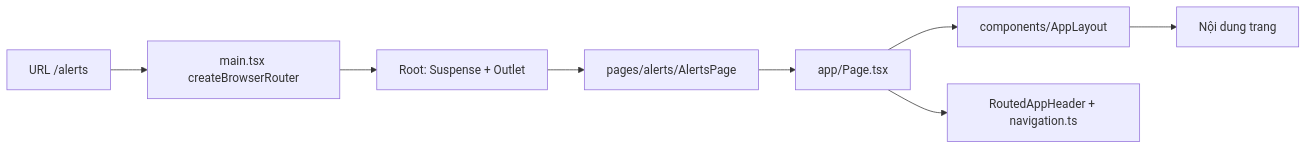
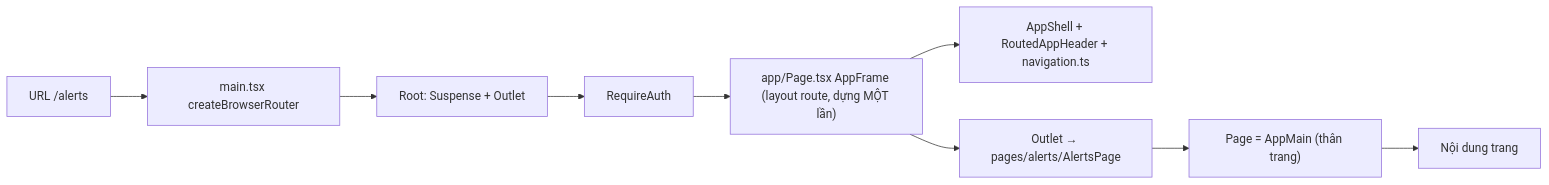
One commit to tuanpq-dev/demo-lpg changed the diagram in docs/guide/app-structure.md. Above: the diagram before and after it, drawn with Mermaid. The commit also changed other lines of this file and 20 other files, not shown here.

First line of the commit message:
fix(fe): header không nháy khi chuyển trang; Bản đồ nội khu không xô header khi dữ liệu về

````diff
--- a/docs/guide/app-structure.md
+++ b/docs/guide/app-structure.md
@@ -9,10 +9,11 @@
 ```mermaid
 flowchart LR
   URL["URL /alerts"] --> MAIN["main.tsx createBrowserRouter"]
   MAIN --> ROOT["Root: Suspense + Outlet"]
-  ROOT --> PAGE["pages/alerts/AlertsPage"]
-  PAGE --> WRAP["app/Page.tsx"]
-  WRAP --> LAYOUT["components/AppLayout"]
-  WRAP --> HEADER["RoutedAppHeader + navigation.ts"]
-  LAYOUT --> CONTENT["Nội dung trang"]
+  ROOT --> AUTH["RequireAuth"]
+  AUTH --> FRAME["app/Page.tsx AppFrame (layout route, dựng MỘT lần)"]
+  FRAME --> HEADER["AppShell + RoutedAppHeader + navigation.ts"]
+  FRAME --> PAGE["Outlet → pages/alerts/AlertsPage"]
+  PAGE --> WRAP["Page = AppMain (thân trang)"]
+  WRAP --> CONTENT["Nội dung trang"]
 ```
````
